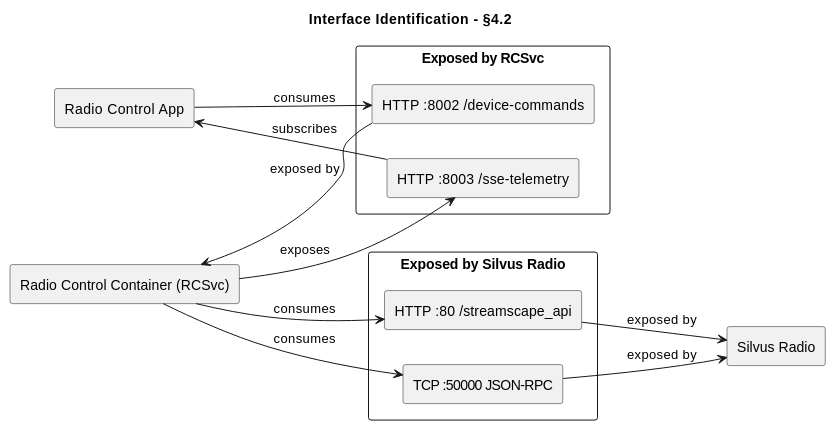
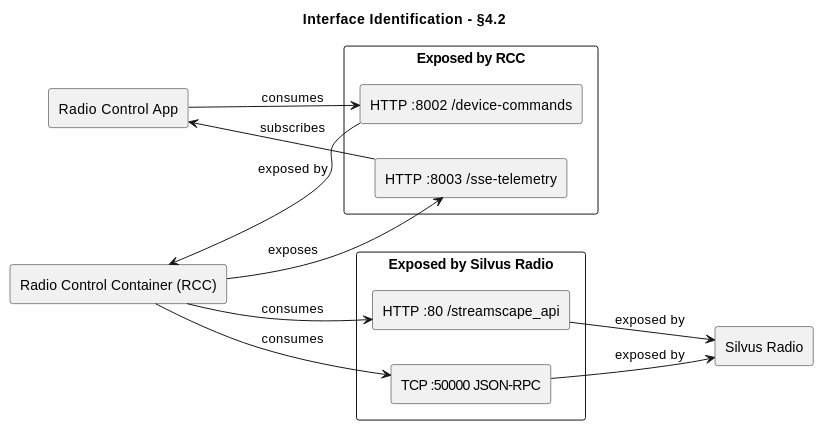
One commit to CarlosSprekelsen/CameraRecorder changed the second of 5 diagrams in RadioControlContainer/docs/icd_tnn_↔_radio_logical_ieee_style_template_editable.md. Above: the diagram before and after it, drawn with PlantUML. The commit also changed other lines of this file and 3 other files, not shown here.

````diff
--- a/RadioControlContainer/docs/icd_tnn_↔_radio_logical_ieee_style_template_editable.md
+++ b/RadioControlContainer/docs/icd_tnn_↔_radio_logical_ieee_style_template_editable.md
@@ -174,33 +174,33 @@
 ```plantuml
 @startuml
 title Interface Identification – §4.2
 left to right direction
 skinparam componentStyle rectangle
 
 component "Radio Control App" as App
-component "Radio Control Container (RCSvc)" as RCSvc
+component "Radio Control Container (RCC)" as RCC
 component "Silvus Radio" as Radio
 
-rectangle "Exposed by RCSvc" as RCSvcIf {
+rectangle "Exposed by RCC" as RCCIf {
   [HTTP :8002 /device-commands]
   [HTTP :8003 /sse-telemetry]
 }
 
 rectangle "Exposed by Silvus Radio" as RadioIf {
   [HTTP :80 /streamscape_api]
   [TCP :50000 JSON-RPC]
 }
 
 App --> [HTTP :8002 /device-commands] : consumes
-[HTTP :8002 /device-commands] --> RCSvc : exposed by
+[HTTP :8002 /device-commands] --> RCC : exposed by
 
-RCSvc --> [HTTP :8003 /sse-telemetry] : exposes
+RCC --> [HTTP :8003 /sse-telemetry] : exposes
 [HTTP :8003 /sse-telemetry] --> App : subscribes
 
-RCSvc --> [HTTP :80 /streamscape_api] : consumes
+RCC --> [HTTP :80 /streamscape_api] : consumes
 [HTTP :80 /streamscape_api] --> Radio : exposed by
 
-RCSvc --> [TCP :50000 JSON-RPC] : consumes
+RCC --> [TCP :50000 JSON-RPC] : consumes
 [TCP :50000 JSON-RPC] --> Radio : exposed by
 @enduml
 ```
````
